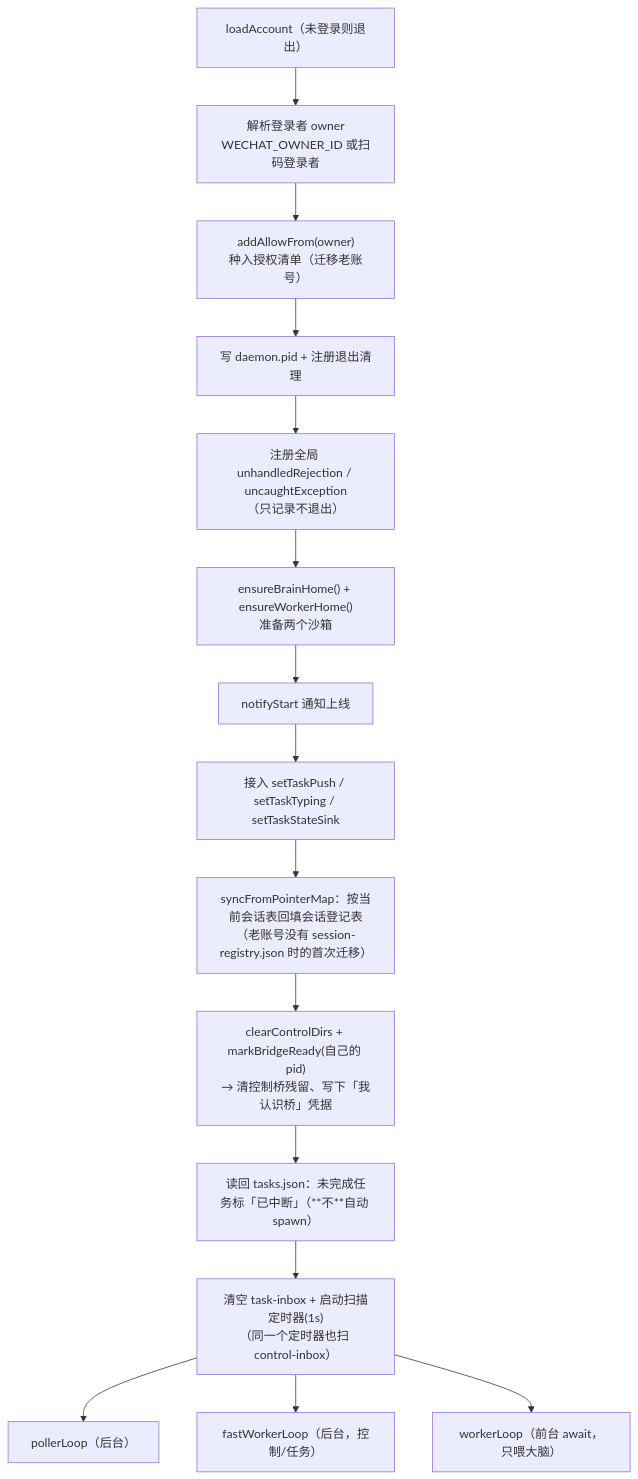
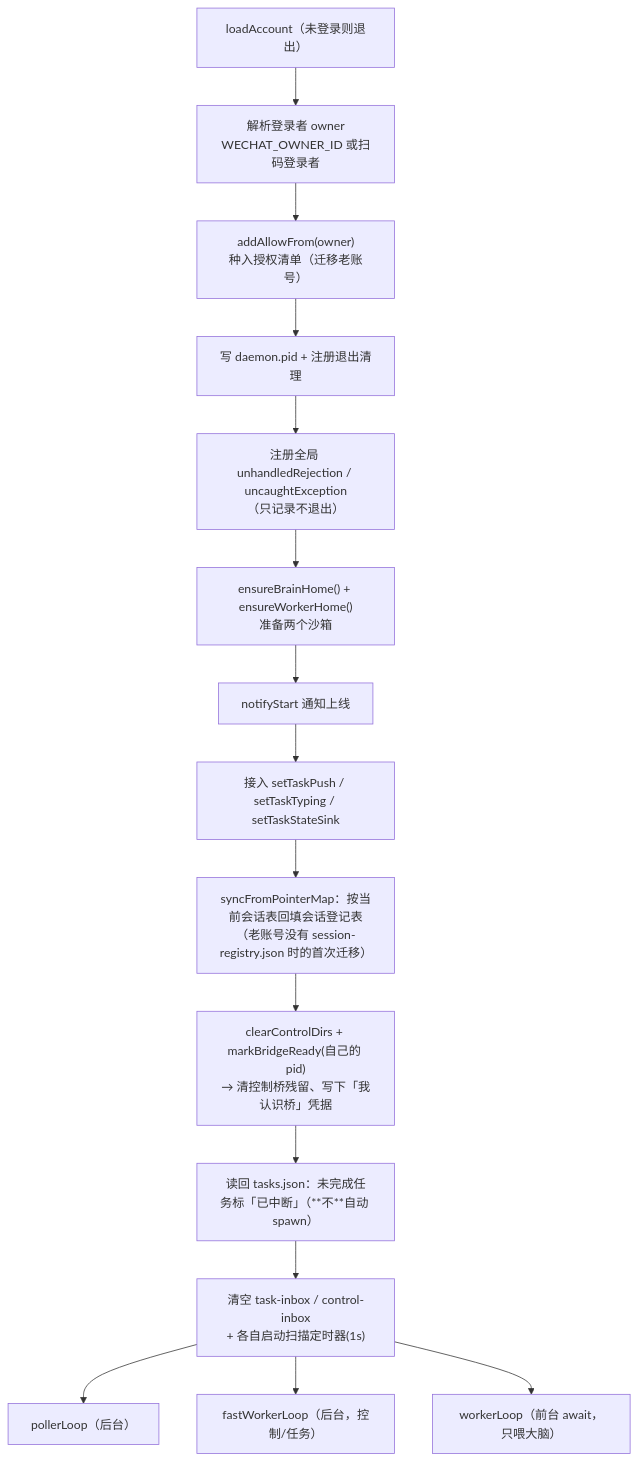
One commit to imwangpan/WeMind changed the first of 4 diagrams in docs/repowiki/05-daemon.md. Above: the diagram before and after it, drawn with Mermaid. The commit also changed other lines of this file and 30 other files, not shown here.

````diff
--- a/docs/repowiki/05-daemon.md
+++ b/docs/repowiki/05-daemon.md
@@ -49,17 +49,17 @@
 ```mermaid
 graph TD
     A["loadAccount（未登录则退出）"] --> B["解析登录者 owner<br/>WECHAT_OWNER_ID 或扫码登录者"]
     B --> C["addAllowFrom(owner)<br/>种入授权清单（迁移老账号）"]
     C --> D["写 daemon.pid + 注册退出清理"]
     D --> E["注册全局 unhandledRejection / uncaughtException<br/>（只记录不退出）"]
     E --> F["ensureBrainHome() + ensureWorkerHome()<br/>准备两个沙箱"]
     F --> G["notifyStart 通知上线"]
     G --> H["接入 setTaskPush / setTaskTyping / setTaskStateSink"]
     H --> I["syncFromPointerMap：按当前会话表回填会话登记表<br/>（老账号没有 session-registry.json 时的首次迁移）"]
     I --> J["clearControlDirs + markBridgeReady(自己的 pid)<br/>→ 清控制桥残留、写下「我认识桥」凭据"]
     J --> K["读回 tasks.json：未完成任务标「已中断」（**不**自动 spawn）"]
-    K --> L["清空 task-inbox + 启动扫描定时器(1s)<br/>（同一个定时器也扫 control-inbox）"]
+    K --> L["清空 task-inbox / control-inbox<br/>+ 各自启动扫描定时器(1s)"]
     L --> M["pollerLoop（后台）"]
     L --> N["fastWorkerLoop（后台，控制/任务）"]
     L --> O["workerLoop（前台 await，只喂大脑）"]
 ```
````
